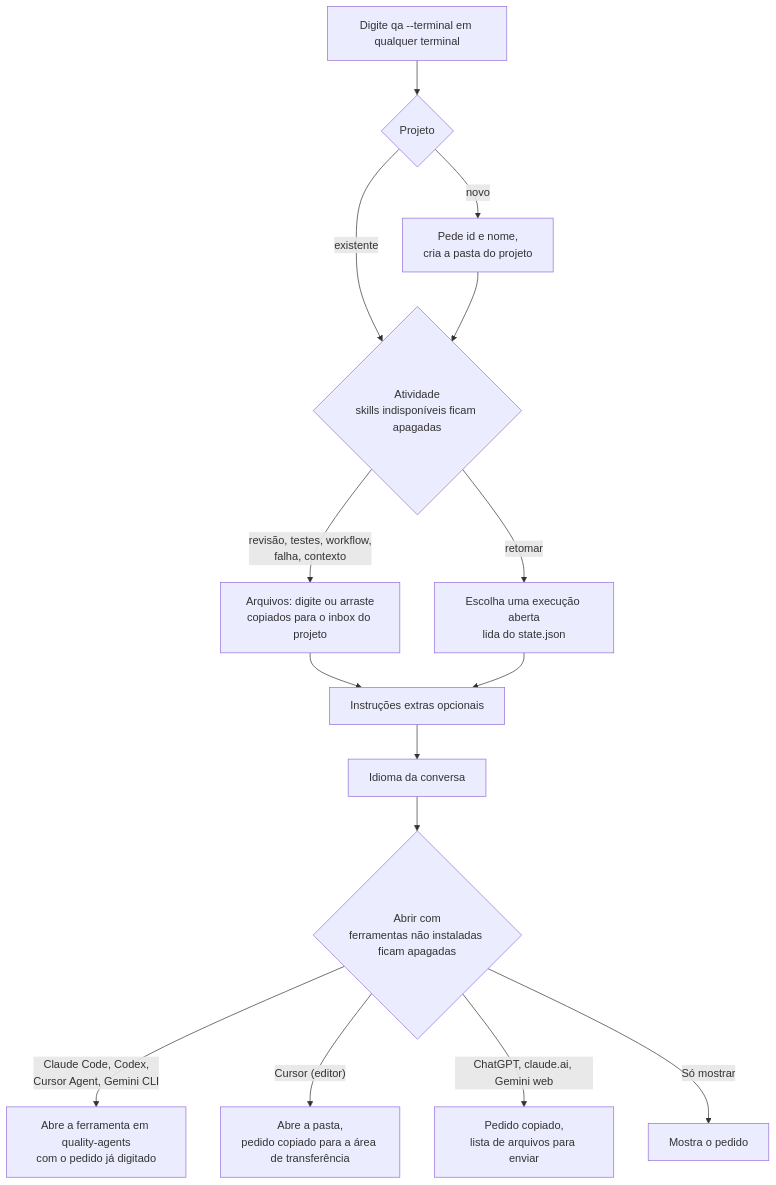
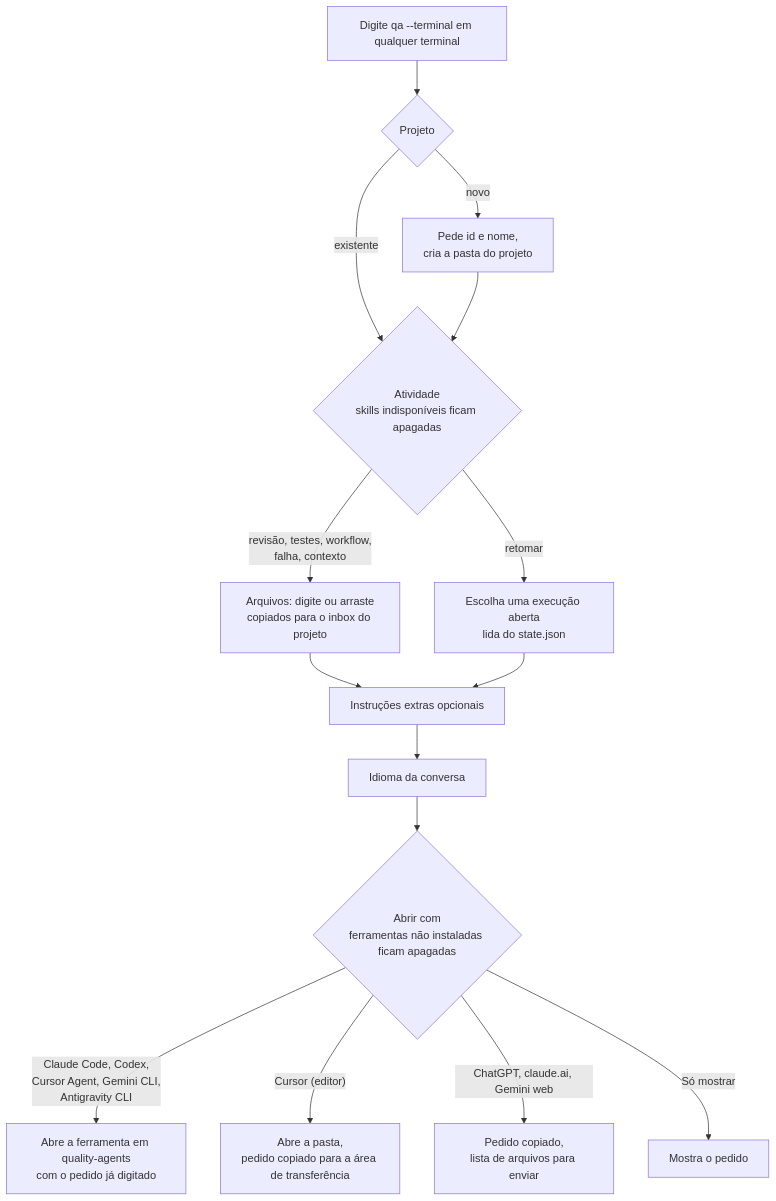
One commit to MagnoSz/quality-agents changed the second of 10 diagrams in README.pt-BR.md. Above: the diagram before and after it, drawn with Mermaid. The commit also changed other lines of this file and 59 other files, not shown here.

````diff
--- a/README.pt-BR.md
+++ b/README.pt-BR.md
@@ -245,17 +278,17 @@
 ```mermaid
 flowchart TD
   START["Digite qa --terminal em qualquer terminal"] --> P{"Projeto"}
   P -->|existente| A
   P -->|novo| NP["Pede id e nome,<br/>cria a pasta do projeto"]
   NP --> A{"Atividade<br/>skills indisponíveis ficam apagadas"}
   A -->|"revisão, testes, workflow,<br/>falha, contexto"| F["Arquivos: digite ou arraste<br/>copiados para o inbox do projeto"]
   A -->|"retomar"| RUN["Escolha uma execução aberta<br/>lida do state.json"]
   F --> N["Instruções extras opcionais"]
   RUN --> N
   N --> L["Idioma da conversa"]
   L --> T{"Abrir com<br/>ferramentas não instaladas ficam apagadas"}
-  T -->|"Claude Code, Codex,<br/>Cursor Agent, Gemini CLI"| OPEN["Abre a ferramenta em quality-agents<br/>com o pedido já digitado"]
+  T -->|"Claude Code, Codex,<br/>Cursor Agent, Gemini CLI,<br/>Antigravity CLI"| OPEN["Abre a ferramenta em quality-agents<br/>com o pedido já digitado"]
   T -->|"Cursor (editor)"| CUR["Abre a pasta,<br/>pedido copiado para a área de transferência"]
   T -->|"ChatGPT, claude.ai, Gemini web"| CHAT["Pedido copiado,<br/>lista de arquivos para enviar"]
   T -->|"Só mostrar"| SHOW["Mostra o pedido"]
 ```
````
